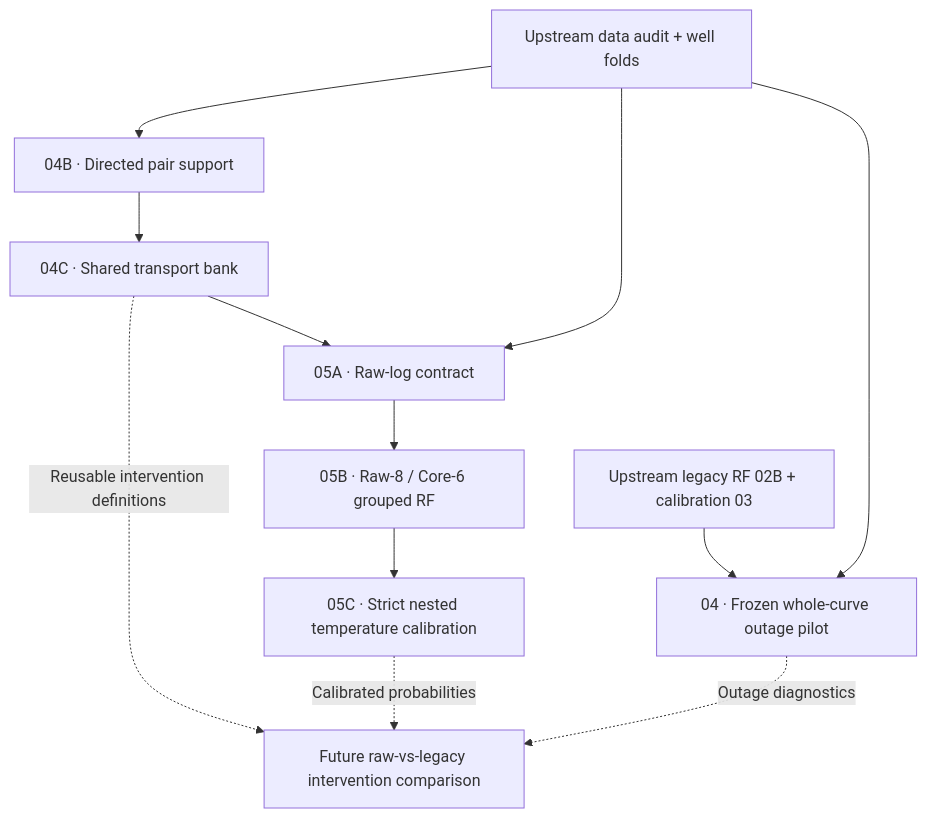
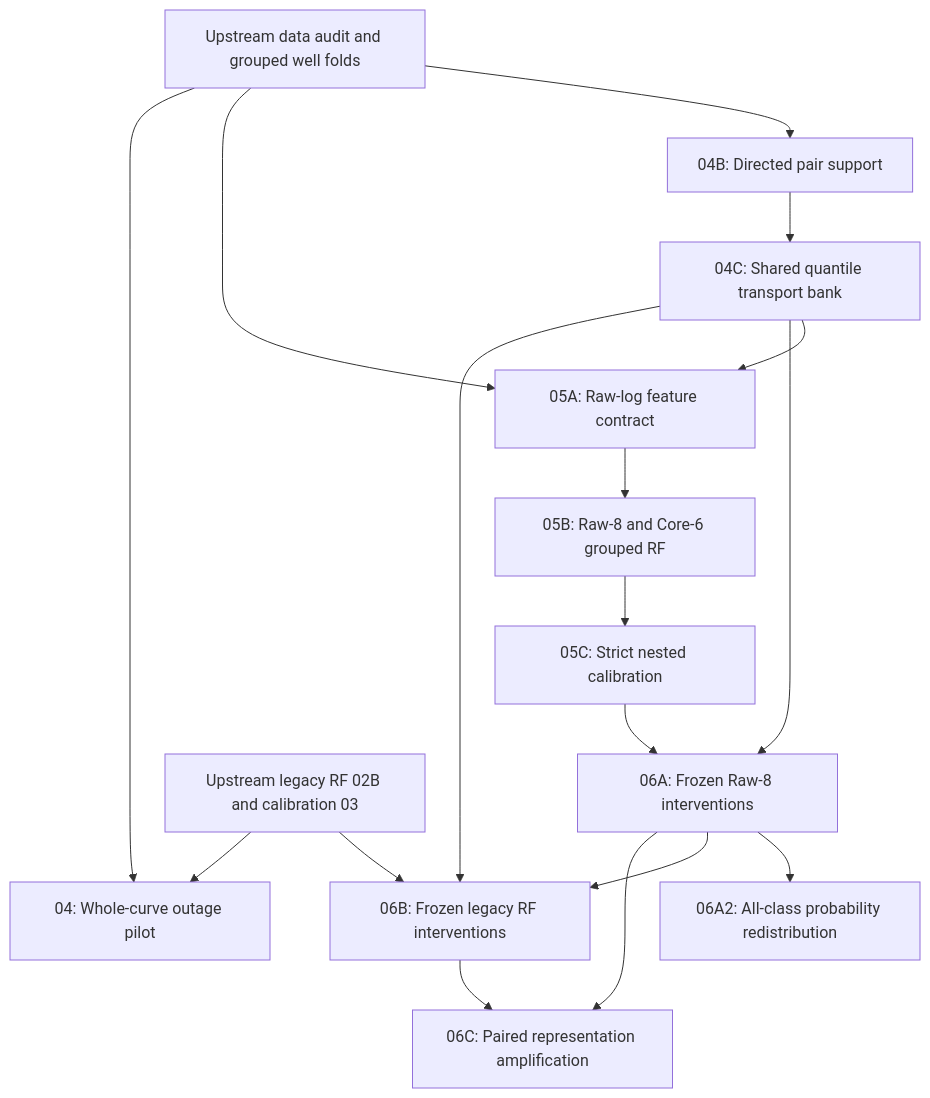
The diagram in README.md (Mohaddesemoghaddam/StrataShift), drawn with Mermaid before and after one commit. The commit also changed other lines of this file and 13 other files, not shown here.

````diff
--- a/README.md
+++ b/README.md
@@ -40,14 +45,19 @@
 ```mermaid
 flowchart TD
-  U1[Upstream data audit + well folds] --> A[04B · Directed pair support]
-  A --> B[04C · Shared transport bank]
-  B --> C[05A · Raw-log contract]
-  U1 --> C
-  C --> D[05B · Raw-8 / Core-6 grouped RF]
-  D --> E[05C · Strict nested temperature calibration]
-  U2[Upstream legacy RF 02B + calibration 03] --> X[04 · Frozen whole-curve outage pilot]
-  U1 --> X
-  B -. Reusable intervention definitions .-> F[Future raw-vs-legacy intervention comparison]
-  E -. Calibrated probabilities .-> F
-  X -. Outage diagnostics .-> F
+    U1[Upstream data audit and grouped well folds] --> B[04B: Directed pair support]
+    B --> C[04C: Shared quantile transport bank]
+    C --> A[05A: Raw-log feature contract]
+    U1 --> A
+    A --> D[05B: Raw-8 and Core-6 grouped RF]
+    D --> E[05C: Strict nested calibration]
+    C --> F[06A: Frozen Raw-8 interventions]
+    E --> F
+    F --> G[06A2: All-class probability redistribution]
+    C --> H[06B: Frozen legacy RF interventions]
+    F --> H
+    U2[Upstream legacy RF 02B and calibration 03] --> H
+    F --> I[06C: Paired representation amplification]
+    H --> I
+    U2 --> X[04: Whole-curve outage pilot]
+    U1 --> X
 ```
````
